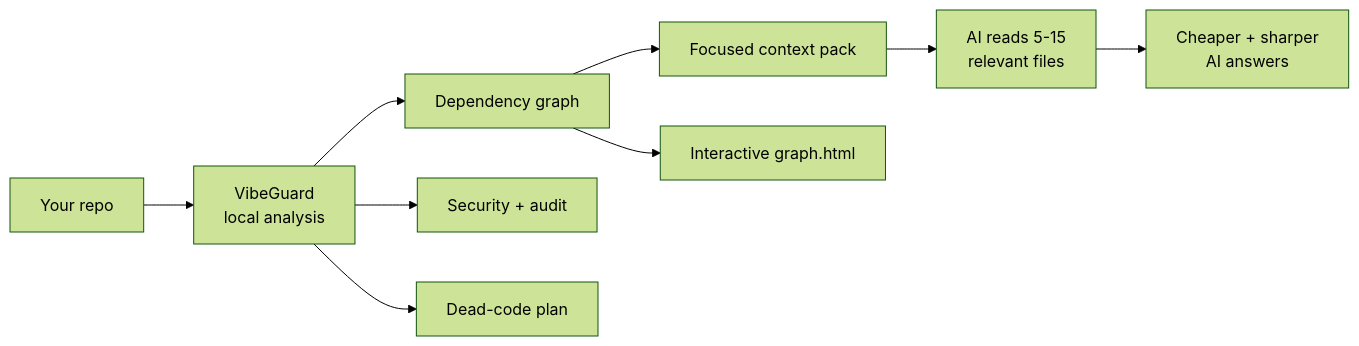
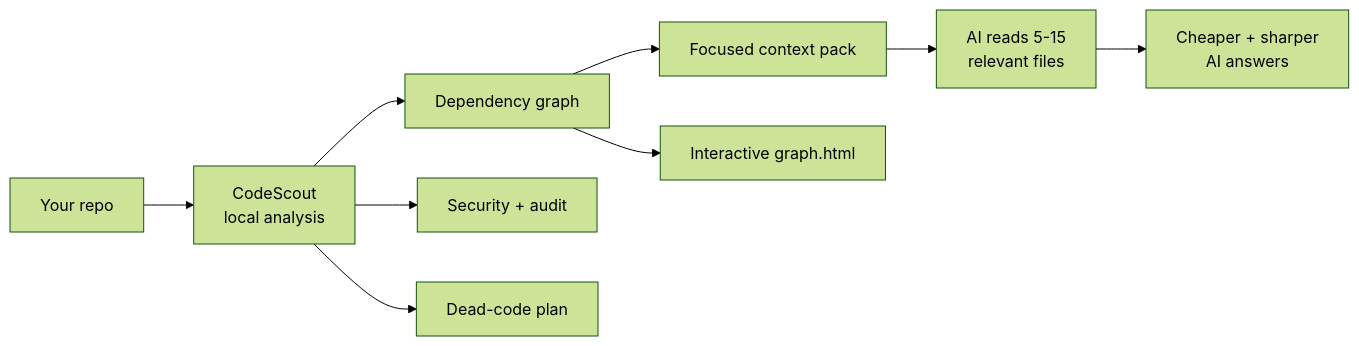
The diagram in README.md (Faizan-8792/Vibeguard-cli), drawn with Mermaid (forest theme) before and after one commit. The commit also changed other lines of this file and 143 other files, not shown here.

Commit message:
rebrand: VibeGuard -> CodeScout (package codescout-cli, command codescout)

````diff
--- a/README.md
+++ b/README.md
@@ -127,11 +127,11 @@
 ```mermaid
 flowchart LR
-  A[Your repo] --> B[VibeGuard<br/>local analysis]
+  A[Your repo] --> B[CodeScout<br/>local analysis]
   B --> C[Dependency graph]
   B --> D[Security + audit]
   B --> E[Dead-code plan]
   C --> F[Focused context pack]
   C --> H[Interactive graph.html]
   F --> G[AI reads 5-15<br/>relevant files]
   G --> K[Cheaper + sharper<br/>AI answers]
 ```
````
